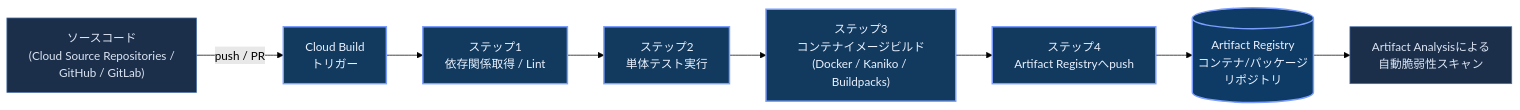
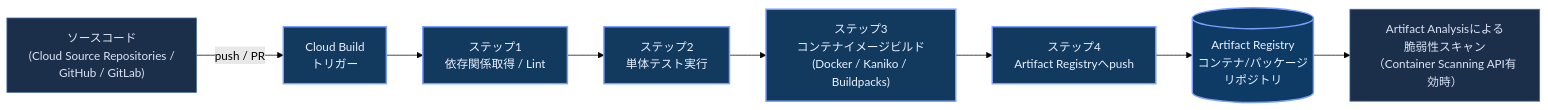
Before and after one commit to myoshi2891/Cloud-Infrastructure-Studies: the fifth of 8 diagrams in Gcp-professional-cloud-developer-section2.md, drawn with Mermaid (forest theme). The commit also changed other lines of this file and 2 other files, not shown here.

````diff
--- a/Gcp-professional-cloud-developer-section2.md
+++ b/Gcp-professional-cloud-developer-section2.md
@@ -325,18 +325,18 @@
 ```mermaid
 flowchart LR
     Src["ソースコード<br/>(Cloud Source Repositories /<br/>GitHub / GitLab)"] -->|"push / PR"| Trig["Cloud Build<br/>トリガー"]
     Trig --> Step1["ステップ1<br/>依存関係取得 / Lint"]
     Step1 --> Step2["ステップ2<br/>単体テスト実行"]
     Step2 --> Step3["ステップ3<br/>コンテナイメージビルド<br/>(Docker / Kaniko / Buildpacks)"]
     Step3 --> Step4["ステップ4<br/>Artifact Registryへpush"]
     Step4 --> AR[("Artifact Registry<br/>コンテナ/パッケージ<br/>リポジトリ")]
-    AR --> Scan["Artifact Analysisによる<br/>自動脆弱性スキャン"]
+    AR --> Scan["Artifact Analysisによる<br/>脆弱性スキャン<br/>（Container Scanning API有効時）"]
 
     classDef stage fill:#123a5e,stroke:#7c9eff,color:#eaf1ff,stroke-width:2px
     classDef store fill:#0d3b66,stroke:#7c9eff,color:#eaf1ff,stroke-width:2px
     classDef end1 fill:#1b2f4b,stroke:#4a6fa5,color:#dbe4f3
 
     class Trig,Step1,Step2,Step3,Step4 stage
     class AR store
     class Src,Scan end1
 ```
````
